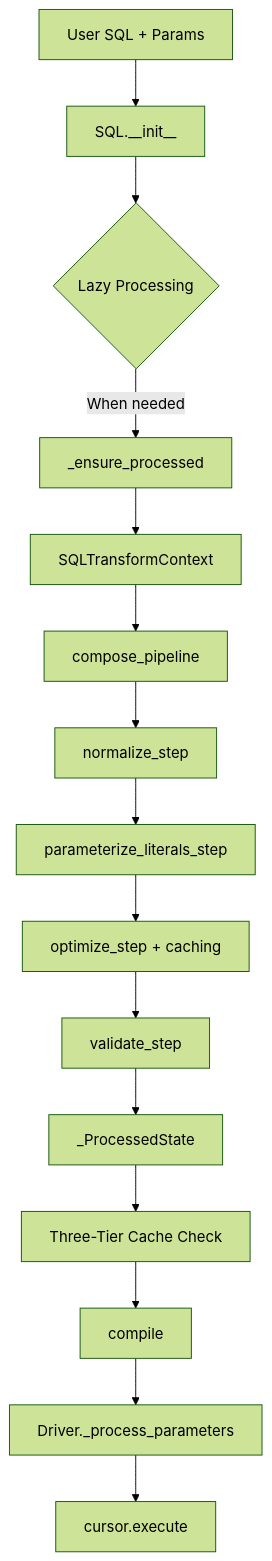
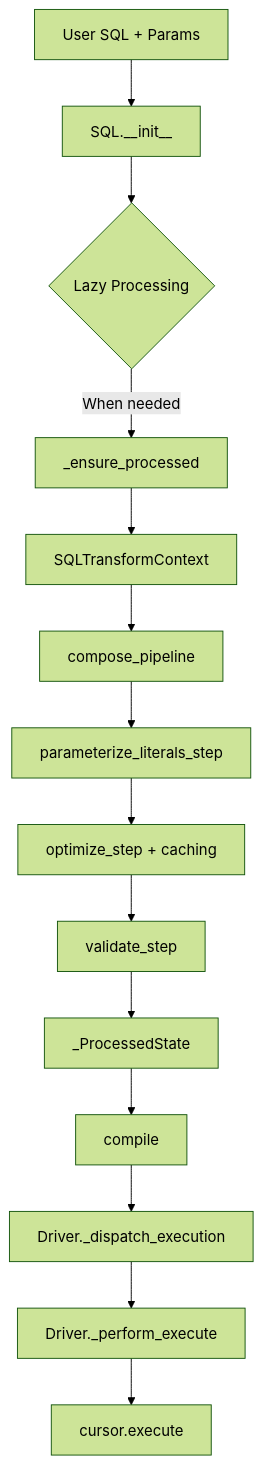
The diagram in docs/cheat_sheet/quick-reference.md (litestar-org/sqlspec), drawn with Mermaid (forest theme) before and after one commit. The commit also changed other lines of this file and 59 other files, not shown here.

````diff
--- a/docs/cheat_sheet/quick-reference.md
+++ b/docs/cheat_sheet/quick-reference.md
@@ -72,17 +58,16 @@
 ```mermaid
 graph TD
     A[User SQL + Params] --> B[SQL.__init__]
     B --> C{Lazy Processing}
     C -->|When needed| D[_ensure_processed]
     D --> E[SQLTransformContext]
     E --> F[compose_pipeline]
-    F --> G[normalize_step]
-    G --> H[parameterize_literals_step]
-    H --> I[optimize_step + caching]
-    I --> J[validate_step]
-    J --> K[_ProcessedState]
-    K --> L[Three-Tier Cache Check]
-    L --> M[compile]
-    M --> N[Driver._process_parameters]
-    N --> O[cursor.execute]
+    F --> G[parameterize_literals_step]
+    G --> H[optimize_step + caching]
+    H --> I[validate_step]
+    I --> J[_ProcessedState]
+    J --> K[compile]
+    K --> L[Driver._dispatch_execution]
+    L --> M[Driver._perform_execute]
+    M --> N[cursor.execute]
 ```
````
